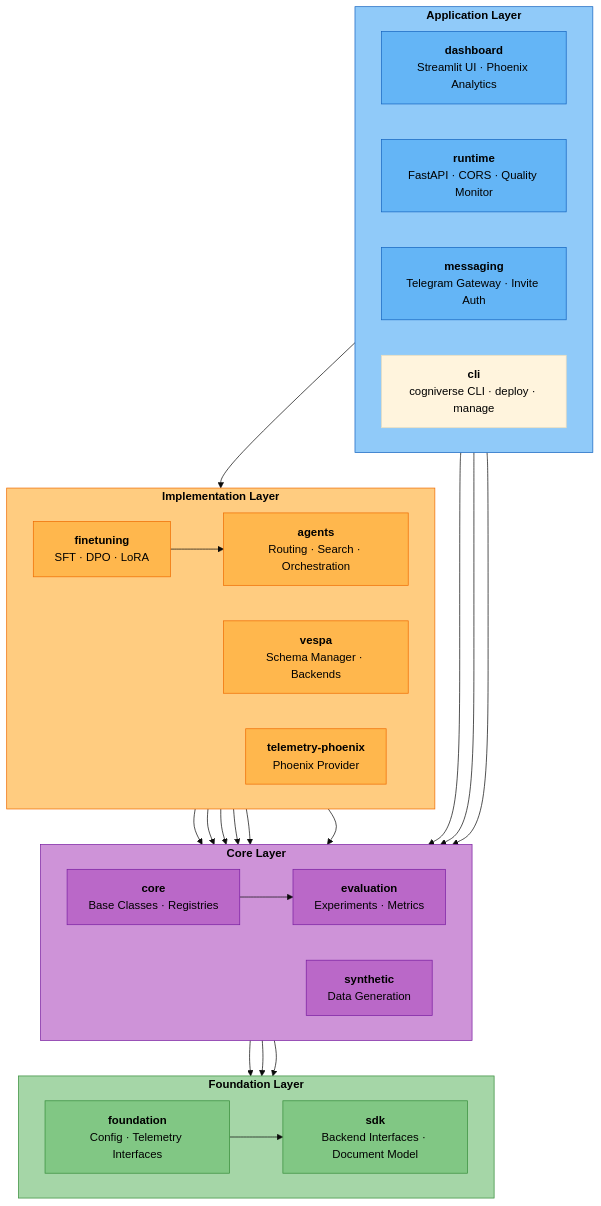
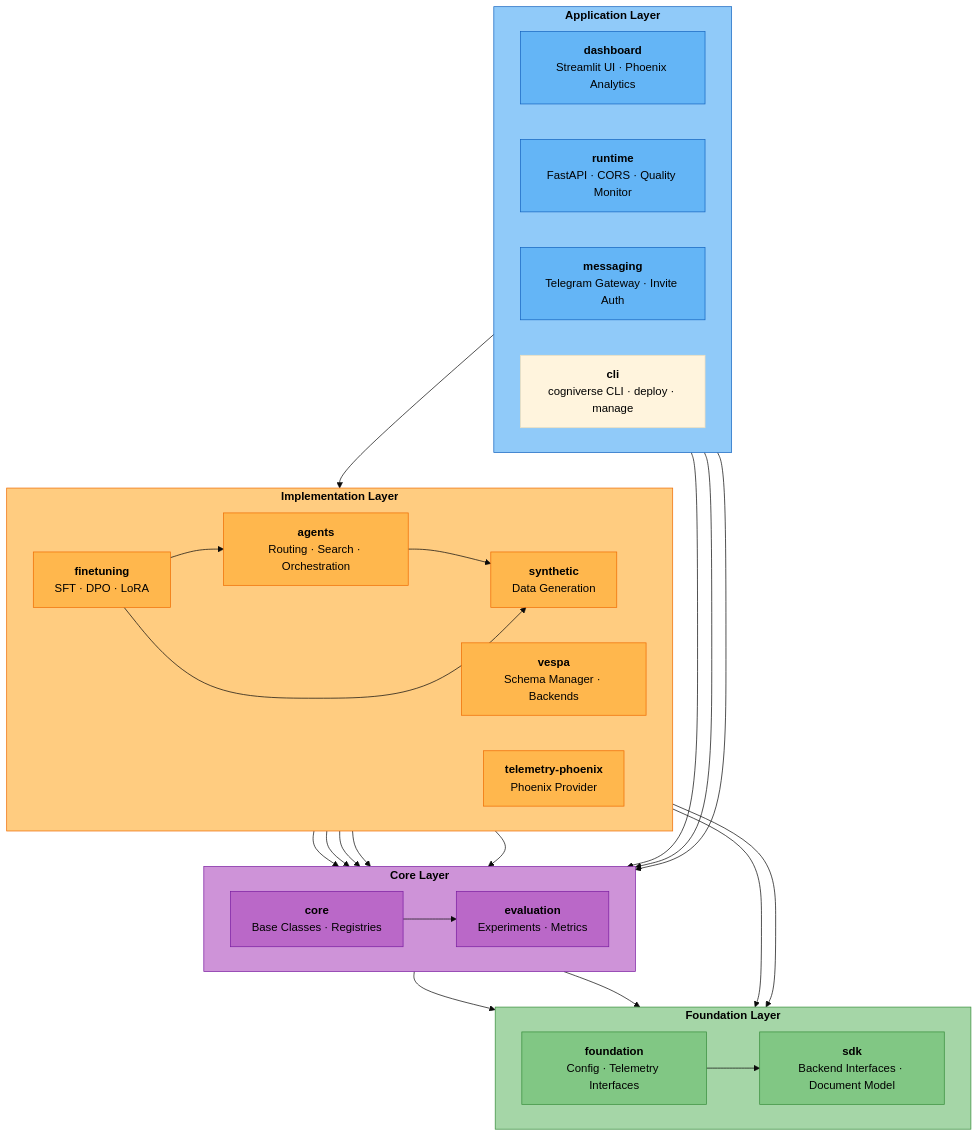
One commit to amit-jain/cogniverse changed the first of 6 diagrams in docs/architecture/overview.md. Above: the diagram before and after it, drawn with Mermaid (base theme). The commit also changed other lines of this file and 17 other files, not shown here.

````diff
--- a/docs/architecture/overview.md
+++ b/docs/architecture/overview.md
@@ -172,71 +172,73 @@
 ```mermaid
 flowchart TB
     subgraph Application["<span style='color:#000'><b>Application Layer</b></span>"]
         direction LR
         dashboard["<span style='color:#000'><b>dashboard</b><br/>Streamlit UI · Phoenix Analytics</span>"]
         runtime["<span style='color:#000'><b>runtime</b><br/>FastAPI · CORS · Quality Monitor</span>"]
         messaging["<span style='color:#000'><b>messaging</b><br/>Telegram Gateway · Invite Auth</span>"]
         cli["<span style='color:#000'><b>cli</b><br/>cogniverse CLI · deploy · manage</span>"]
     end
 
     subgraph Implementation["<span style='color:#000'><b>Implementation Layer</b></span>"]
         direction LR
         agents["<span style='color:#000'><b>agents</b><br/>Routing · Search · Orchestration</span>"]
         vespa["<span style='color:#000'><b>vespa</b><br/>Schema Manager · Backends</span>"]
         finetuning["<span style='color:#000'><b>finetuning</b><br/>SFT · DPO · LoRA</span>"]
         telemetry["<span style='color:#000'><b>telemetry-phoenix</b><br/>Phoenix Provider</span>"]
+        synthetic["<span style='color:#000'><b>synthetic</b><br/>Data Generation</span>"]
     end
 
     subgraph Core["<span style='color:#000'><b>Core Layer</b></span>"]
         direction LR
         core["<span style='color:#000'><b>core</b><br/>Base Classes · Registries</span>"]
         evaluation["<span style='color:#000'><b>evaluation</b><br/>Experiments · Metrics</span>"]
-        synthetic["<span style='color:#000'><b>synthetic</b><br/>Data Generation</span>"]
     end
 
     subgraph Foundation["<span style='color:#000'><b>Foundation Layer</b></span>"]
         direction LR
         foundation["<span style='color:#000'><b>foundation</b><br/>Config · Telemetry Interfaces</span>"]
         sdk["<span style='color:#000'><b>sdk</b><br/>Backend Interfaces · Document Model</span>"]
     end
 
     dashboard --> agents
     dashboard --> evaluation
     runtime --> core
     messaging --> core
 
     agents --> core
     agents --> synthetic
     vespa --> core
     finetuning --> agents
     finetuning --> synthetic
     telemetry --> core
     telemetry --> evaluation
+    synthetic --> core
+    synthetic --> foundation
 
     core --> evaluation
     core --> foundation
     evaluation --> foundation
     synthetic --> sdk
     foundation --> sdk
 
     style Application fill:#90caf9,stroke:#1565c0,color:#000
     style Implementation fill:#ffcc80,stroke:#ef6c00,color:#000
     style Core fill:#ce93d8,stroke:#7b1fa2,color:#000
     style Foundation fill:#a5d6a7,stroke:#388e3c,color:#000
 
     style dashboard fill:#64b5f6,stroke:#1565c0,color:#000
     style runtime fill:#64b5f6,stroke:#1565c0,color:#000
     style messaging fill:#64b5f6,stroke:#1565c0,color:#000
 
     style agents fill:#ffb74d,stroke:#ef6c00,color:#000
     style vespa fill:#ffb74d,stroke:#ef6c00,color:#000
     style finetuning fill:#ffb74d,stroke:#ef6c00,color:#000
     style telemetry fill:#ffb74d,stroke:#ef6c00,color:#000
+    style synthetic fill:#ffb74d,stroke:#ef6c00,color:#000
 
     style evaluation fill:#ba68c8,stroke:#7b1fa2,color:#000
     style core fill:#ba68c8,stroke:#7b1fa2,color:#000
-    style synthetic fill:#ba68c8,stroke:#7b1fa2,color:#000
 
     style foundation fill:#81c784,stroke:#388e3c,color:#000
     style sdk fill:#81c784,stroke:#388e3c,color:#000
 ```
````
